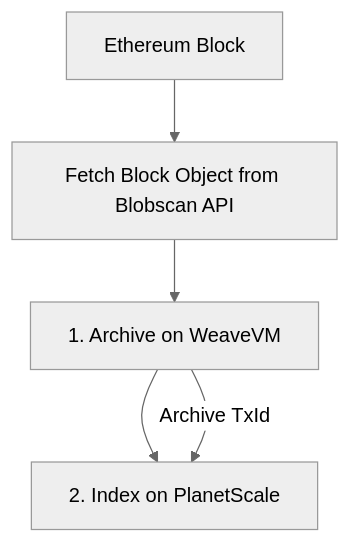
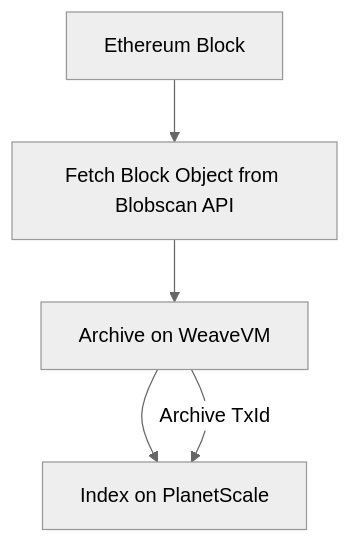
The diagram in README.md (weaveVM/wvm-blobscan), drawn with Mermaid (neutral theme) before and after one commit.

Commit message:
docs: fix again

````diff
--- a/README.md
+++ b/README.md
@@ -33,12 +33,12 @@
 ```mermaid
 graph TD
     A[Ethereum Block]
     B[Fetch Block Object from Blobscan API]
-    C[1. Archive on WeaveVM]
-    D[2. Index on PlanetScale]
+    C[Archive on WeaveVM]
+    D[Index on PlanetScale]
 
     A --> B
     B --> C
     C --> D
     C -- Archive TxId --> D
 ```
````
